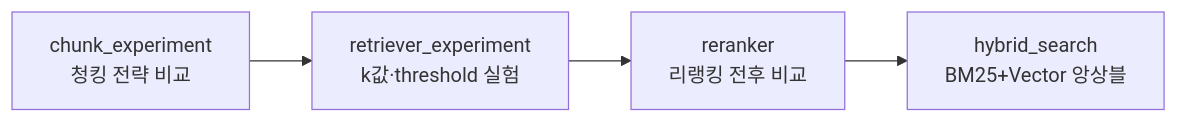
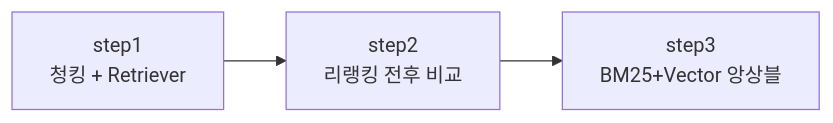
One commit to coderyu5523/book-workflow changed the diagram in projects/사내AI비서_v2/chapters/08-엉뚱한-문서를-가져온다.md. Above: the diagram before and after it, drawn with Mermaid. The commit also changed other lines of this file and 85 other files, not shown here.

````diff
--- a/projects/사내AI비서_v2/chapters/08-엉뚱한-문서를-가져온다.md
+++ b/projects/사내AI비서_v2/chapters/08-엉뚱한-문서를-가져온다.md
@@ -155,6 +166,5 @@
 ```mermaid
 flowchart LR
-    A["chunk_experiment<br>청킹 전략 비교"] --> B["retriever_experiment<br>k값·threshold 실험"]
-    B --> C["reranker<br>리랭킹 전후 비교"]
-    C --> D["hybrid_search<br>BM25+Vector 앙상블"]
+    A["step1<br>청킹 + Retriever"] --> B["step2<br>리랭킹 전후 비교"]
+    B --> C["step3<br>BM25+Vector 앙상블"]
 ```
````
